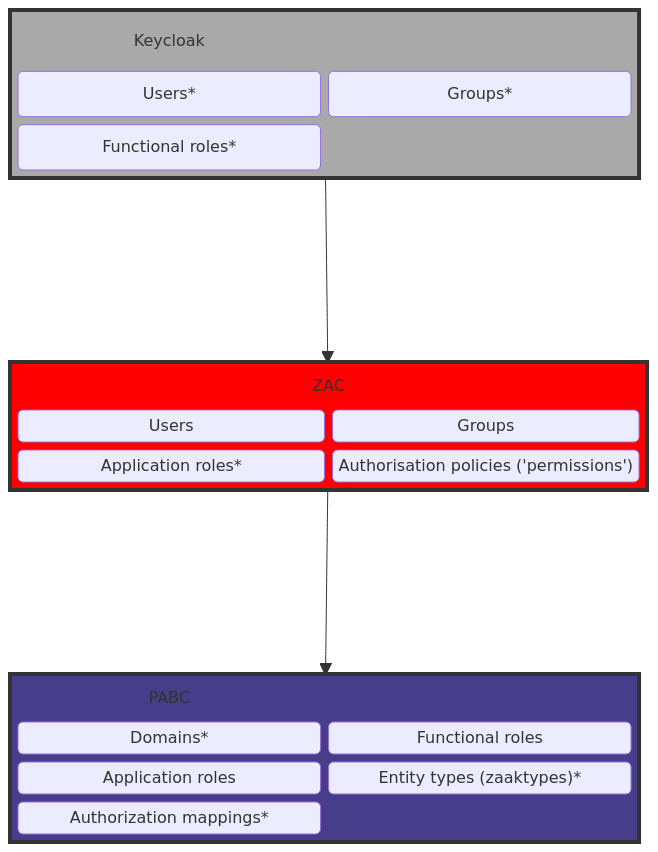
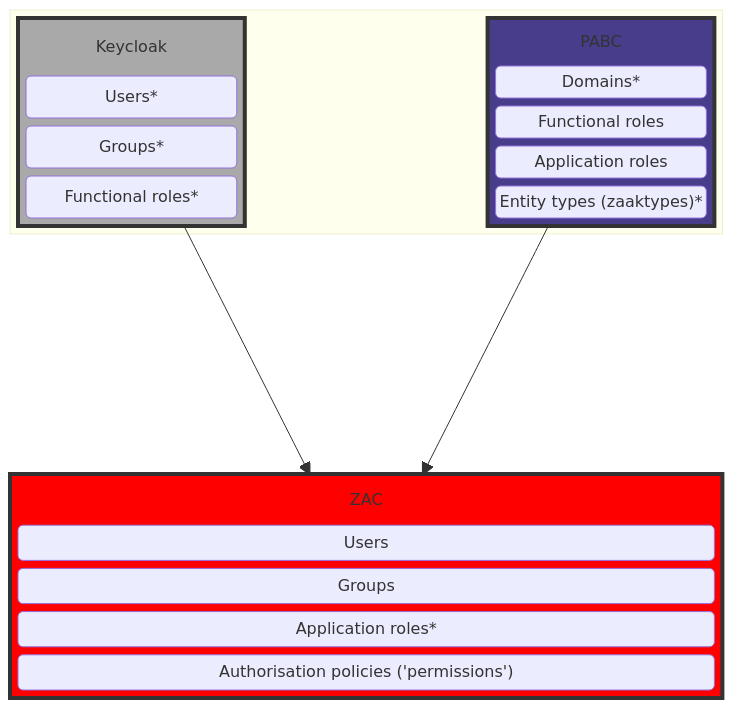
One commit to infonl/dimpact-zaakafhandelcomponent changed the third of 4 diagrams in docs/solution-architecture/iamArchitecture.md. Above: the diagram before and after it, drawn with Mermaid. The commit also changed other lines of this file, not shown here.

Commit message:
chore: simplified new IAM diagram

````diff
--- a/docs/solution-architecture/iamArchitecture.md
+++ b/docs/solution-architecture/iamArchitecture.md
@@ -129,44 +131,45 @@
 ```mermaid
 block-beta
     columns 1
-    block:Keycloak
-        columns 2
-        keycloakBlockTitle("Keycloak"):2
-        UsersSource("Users*")
-        GroupsSource("Groups*")
-        FunctionalRolesSource("Functional roles*")
+    block:IAM
+        block:Keycloak
+            columns 1
+            keycloakBlockTitle("Keycloak"):1
+            UsersSource("Users*")
+            GroupsSource("Groups*")
+            FunctionalRolesSource("Functional roles*")
+        end
+        space
+        block:PABC
+            columns 1
+            pabcBlockTitle("PABC"):1
+            Domains("Domains*")
+            FunctionalRoles("Functional roles")
+            ApplicationRoles("Application roles")
+            EntityTypes("Entity types (zaaktypes)*")
+        end
     end
     space
     block:ZAC
-        columns 2
-        zacBlockTitle("ZAC"):2
+        columns 1
+        zacBlockTitle("ZAC"):1
         Users("Users")
         Groups("Groups")
         ApplicationRolesSource("Application roles*")
         Policies("Authorisation policies ('permissions')")
     end
-    space
-    block:PABC
-        columns 2
-        pabcBlockTitle("PABC"):2
-        Domains("Domains*")
-        FunctionalRoles("Functional roles")
-        ApplicationRoles("Application roles")
-        EntityTypes("Entity types (zaaktypes)*")
-        AuthorizationMappings("Authorization mappings*")
-    end
     
     Keycloak --> ZAC
-    ZAC --> PABC
+    PABC --> ZAC
     
     %% workaround to make sure titles of sub-blocks are vertically aligned
     %% see: https://github.com/mermaid-js/mermaid/issues/5423
     class keycloakBlockTitle BT
     class zacBlockTitle BT
     class pabcBlockTitle BT
     classDef BT stroke:transparent,fill:transparent
 
     style Keycloak fill:darkgrey,stroke:#333,stroke-width:4px
     style ZAC fill:red,stroke:#333,stroke-width:4px
     style PABC fill:darkslateblue,stroke:#333,stroke-width:4px
 ```
````
